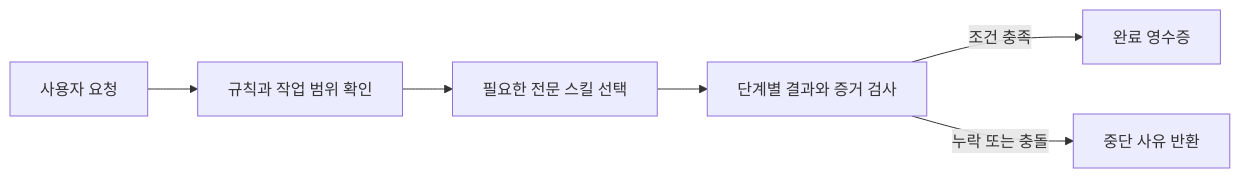
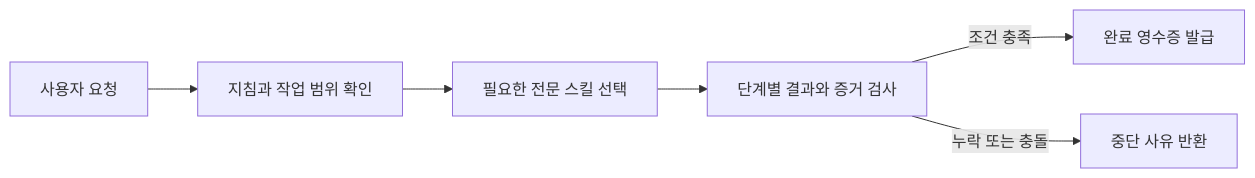
One commit to jaeseongs95/agent-governance-suite changed the diagram in README.md. Above: the diagram before and after it, drawn with Mermaid. The commit also changed other lines of this file, not shown here.

````diff
--- a/README.md
+++ b/README.md
@@ -13,8 +26,8 @@
 ```mermaid
 flowchart LR
-    A[사용자 요청] --> B[규칙과 작업 범위 확인]
+    A[사용자 요청] --> B[지침과 작업 범위 확인]
     B --> C[필요한 전문 스킬 선택]
     C --> D[단계별 결과와 증거 검사]
-    D -->|조건 충족| E[완료 영수증]
+    D -->|조건 충족| E[완료 영수증 발급]
     D -->|누락 또는 충돌| F[중단 사유 반환]
 ```
````
